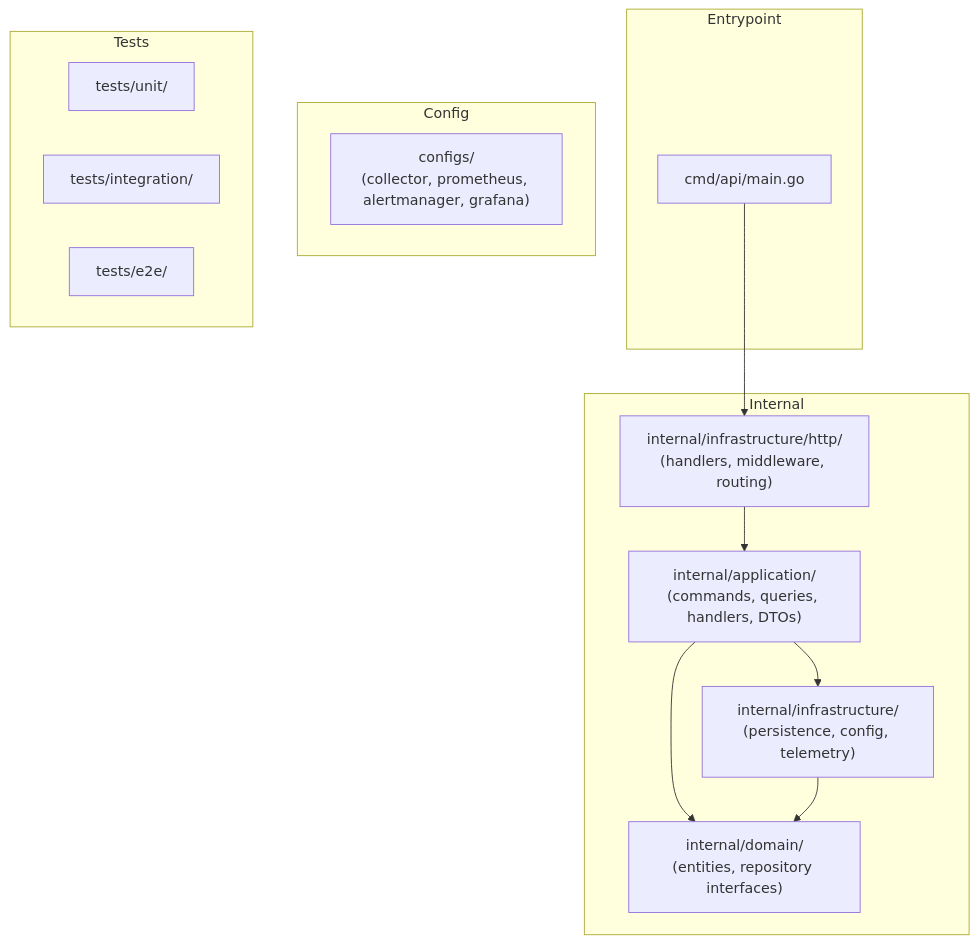
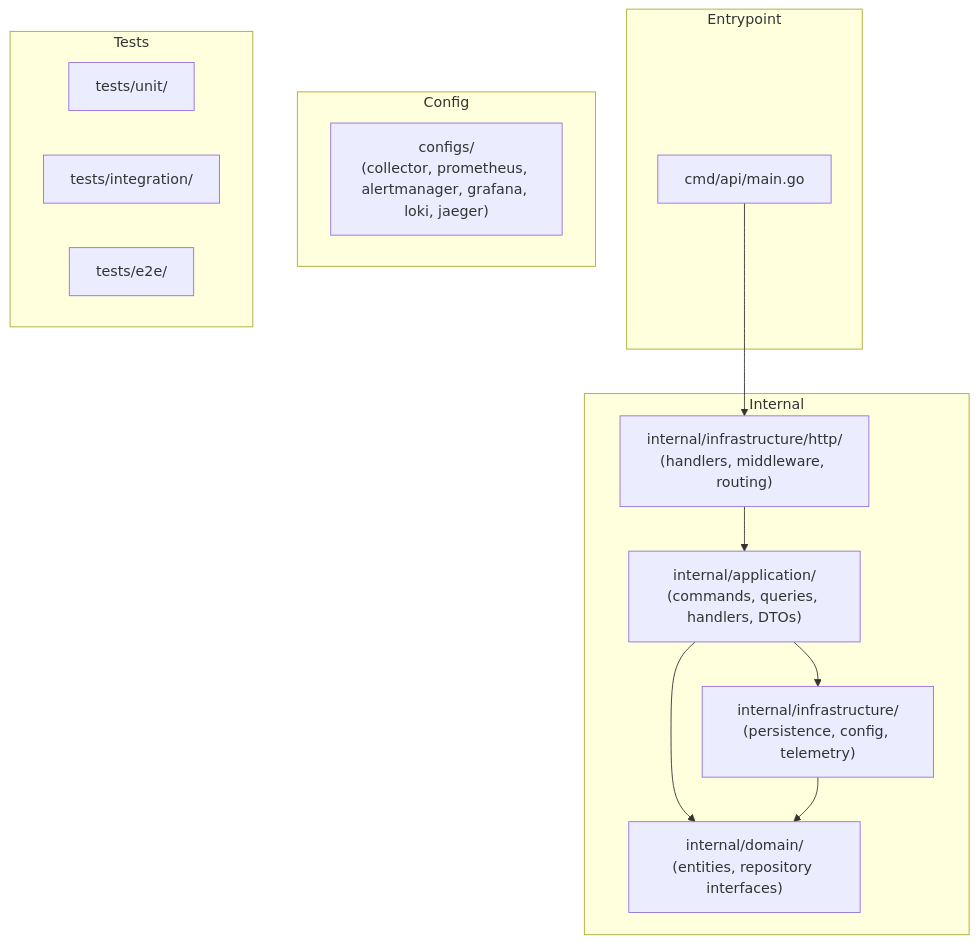
The second of 2 diagrams in docs/wiki/Getting-Started.md (telemetryflow/demo-kiro-sdd), drawn with Mermaid before and after one commit. The commit also changed other lines of this file and 19 other files, not shown here.

````diff
--- a/docs/wiki/Getting-Started.md
+++ b/docs/wiki/Getting-Started.md
@@ -145,29 +145,29 @@
 ```mermaid
 graph TB
     subgraph Entrypoint
         MAIN["cmd/api/main.go"]
     end
 
     subgraph Internal
         HTTP["internal/infrastructure/http/\n(handlers, middleware, routing)"]
         APP["internal/application/\n(commands, queries, handlers, DTOs)"]
         DOM["internal/domain/\n(entities, repository interfaces)"]
         INFRA["internal/infrastructure/\n(persistence, config, telemetry)"]
     end
 
     subgraph Config
-        CONF["configs/\n(collector, prometheus, alertmanager, grafana)"]
+        CONF["configs/\n(collector, prometheus, alertmanager, grafana, loki, jaeger)"]
     end
 
     subgraph Tests
         UNIT["tests/unit/"]
         INT["tests/integration/"]
         E2E["tests/e2e/"]
     end
 
     MAIN --> HTTP
     HTTP --> APP
     APP --> DOM
     APP --> INFRA
     INFRA --> DOM
 ```
````
